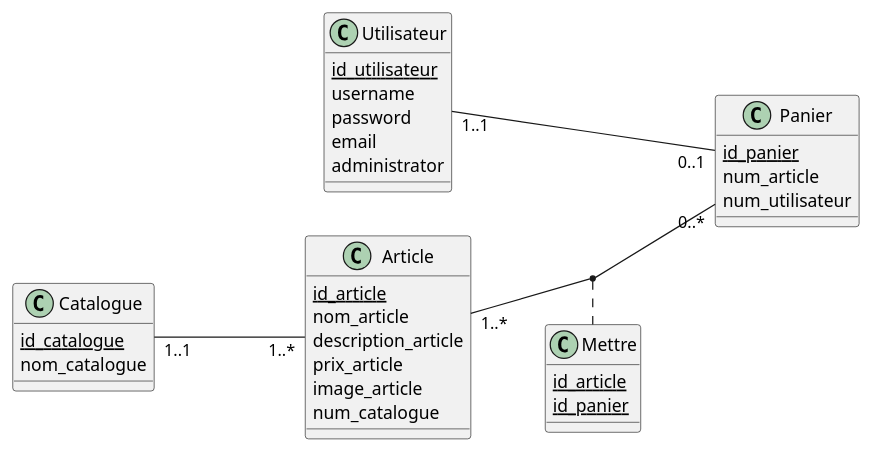
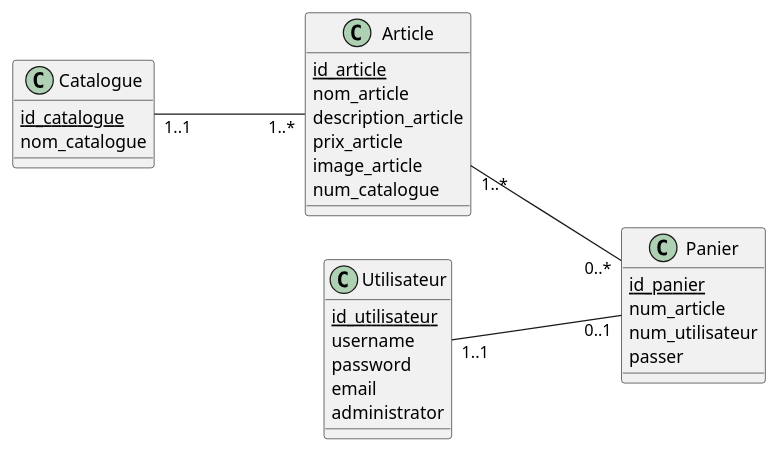
The third of 3 diagrams in README.md (Enstso/Amanoz-Vuln), drawn with PlantUML before and after one commit. The commit also changed other lines of this file and 38 other files, not shown here.

````diff
--- a/README.md
+++ b/README.md
@@ -8,42 +39,40 @@
 ```plantuml
 @startuml
 left to right direction
 class Catalogue {
   <u>id_catalogue</u>
   nom_catalogue
 
 }
 
 class Article {
     <u>id_article</u>
     nom_article
     description_article
     prix_article
     image_article
     num_catalogue
 }
 
 class Utilisateur {
     <u>id_utilisateur</u>
     username
     password
     email
     administrator
 }
 
 class Panier{
     <u>id_panier</u>
     num_article
     num_utilisateur
+	passer
 }
 
-class Mettre{
-    <u>id_article</u>
-    <u>id_panier</u>
-}
+
 Catalogue "1..1"--- "1..*" Article
-Article "1..*"--"0..*" Panier
+Article "1..*"---"0..*" Panier
 Utilisateur "1..1 "---"0..1"Panier
-(Article,Panier)..Mettre
+
 @enduml
 ```
````
